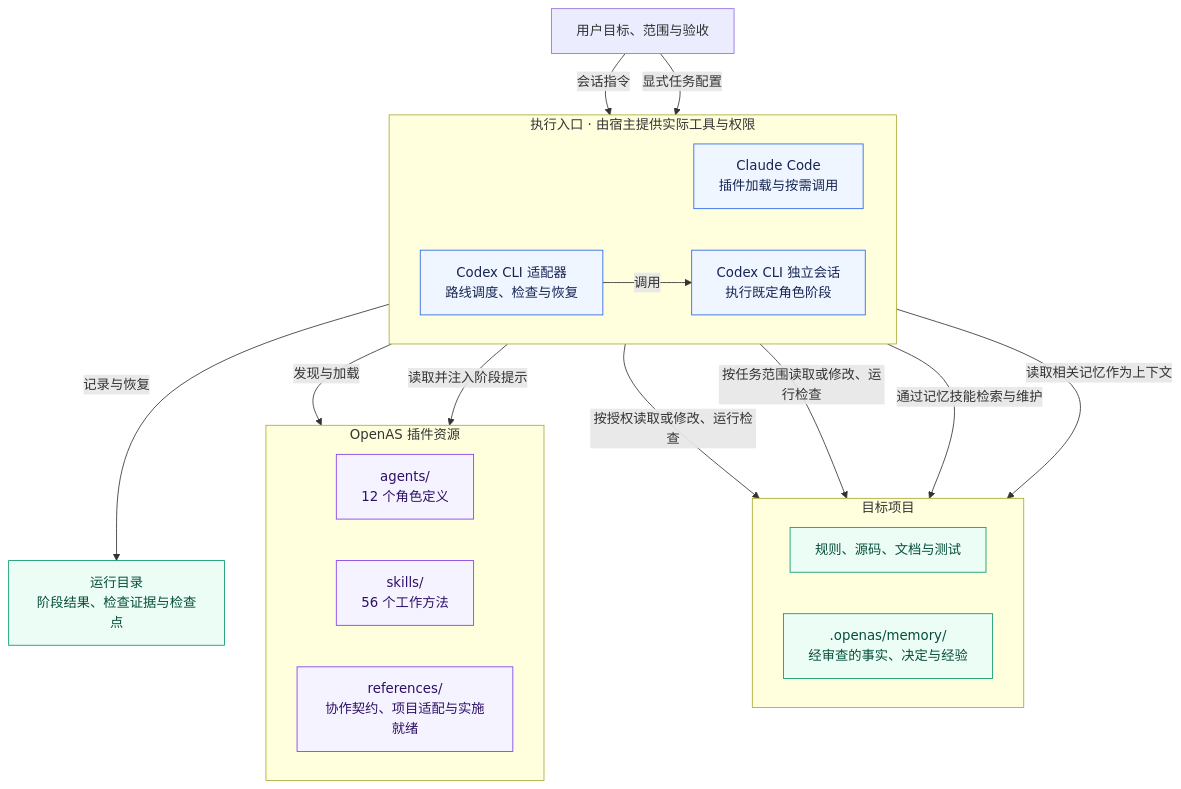
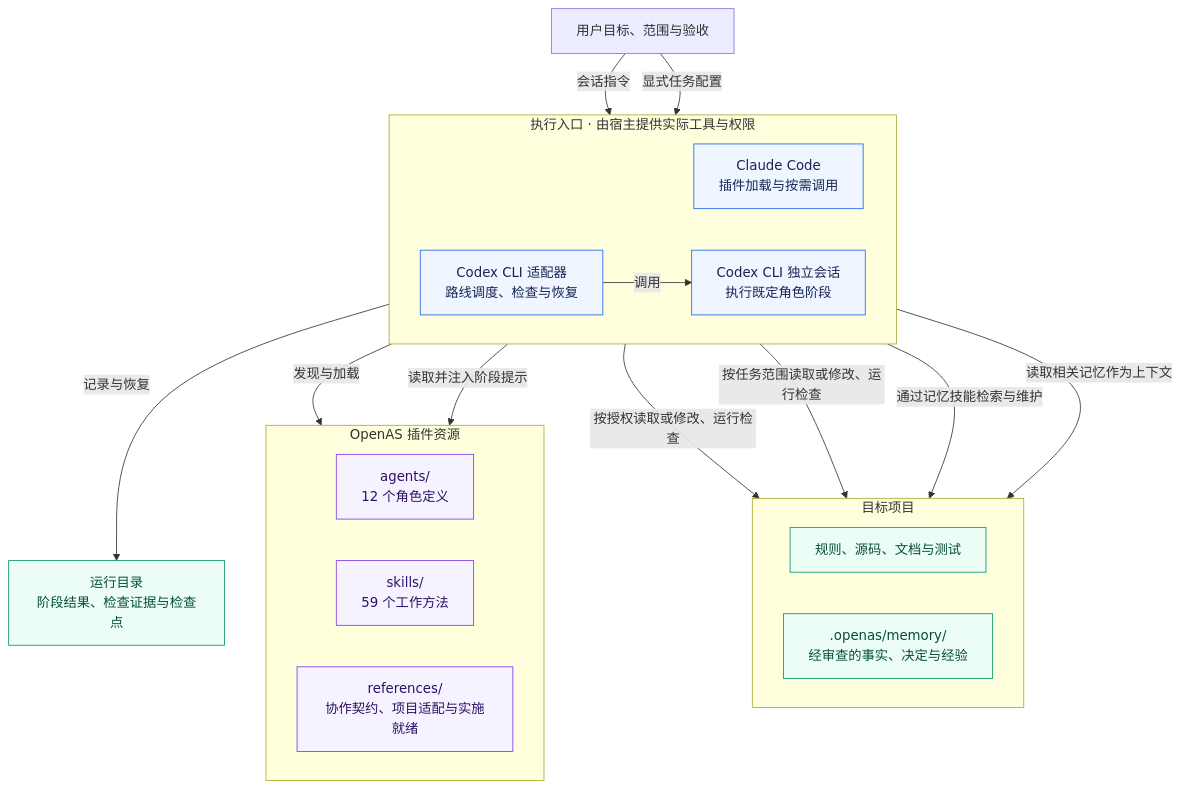
The first of 2 diagrams in README.md (xiangguangxin/OpenAS), drawn with Mermaid before and after one commit. The commit also changed other lines of this file and 24 other files, not shown here.

````diff
--- a/README.md
+++ b/README.md
@@ -349,44 +351,44 @@
 ```mermaid
 flowchart TB
     user["用户目标、范围与验收"]
 
     subgraph entry["执行入口 · 由宿主提供实际工具与权限"]
         direction LR
         claude["Claude Code<br/>插件加载与按需调用"]
         adapter["Codex CLI 适配器<br/>路线调度、检查与恢复"]
         sessions["Codex CLI 独立会话<br/>执行既定角色阶段"]
         adapter -->|调用| sessions
     end
 
     subgraph bundle["OpenAS 插件资源"]
         direction LR
         agents["agents/<br/>12 个角色定义"]
-        skills["skills/<br/>56 个工作方法"]
+        skills["skills/<br/>59 个工作方法"]
         contracts["references/<br/>协作契约、项目适配与实施就绪"]
     end
 
     subgraph target["目标项目"]
         direction LR
         repo["规则、源码、文档与测试"]
         memory[".openas/memory/<br/>经审查的事实、决定与经验"]
     end
 
     evidence["运行目录<br/>阶段结果、检查证据与检查点"]
 
     user -->|会话指令| claude
     user -->|显式任务配置| adapter
     claude -->|发现与加载| bundle
     adapter -->|读取并注入阶段提示| bundle
     claude -->|按授权读取或修改、运行检查| repo
     sessions -->|按任务范围读取或修改、运行检查| repo
     claude -->|通过记忆技能检索与维护| memory
     adapter -->|读取相关记忆作为上下文| memory
     adapter -->|记录与恢复| evidence
 
     classDef entryStyle fill:#eff6ff,stroke:#2563eb,color:#172554
     classDef resourceStyle fill:#f5f3ff,stroke:#7c3aed,color:#2e1065
     classDef dataStyle fill:#ecfdf5,stroke:#059669,color:#064e3b
     class claude,adapter,sessions entryStyle
     class agents,skills,contracts resourceStyle
     class repo,memory,evidence dataStyle
 ```
````
